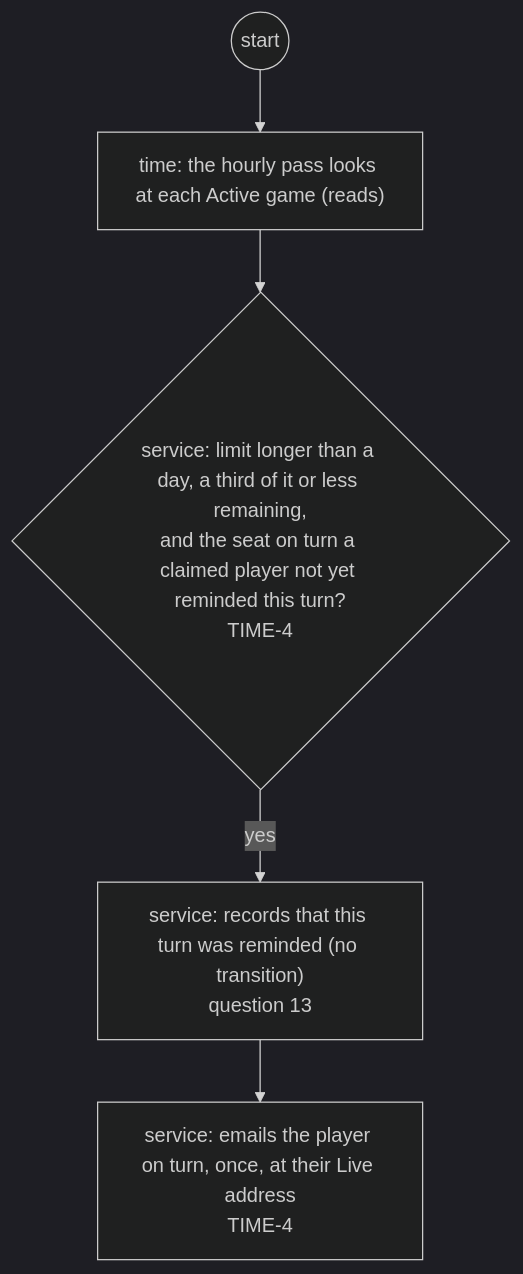
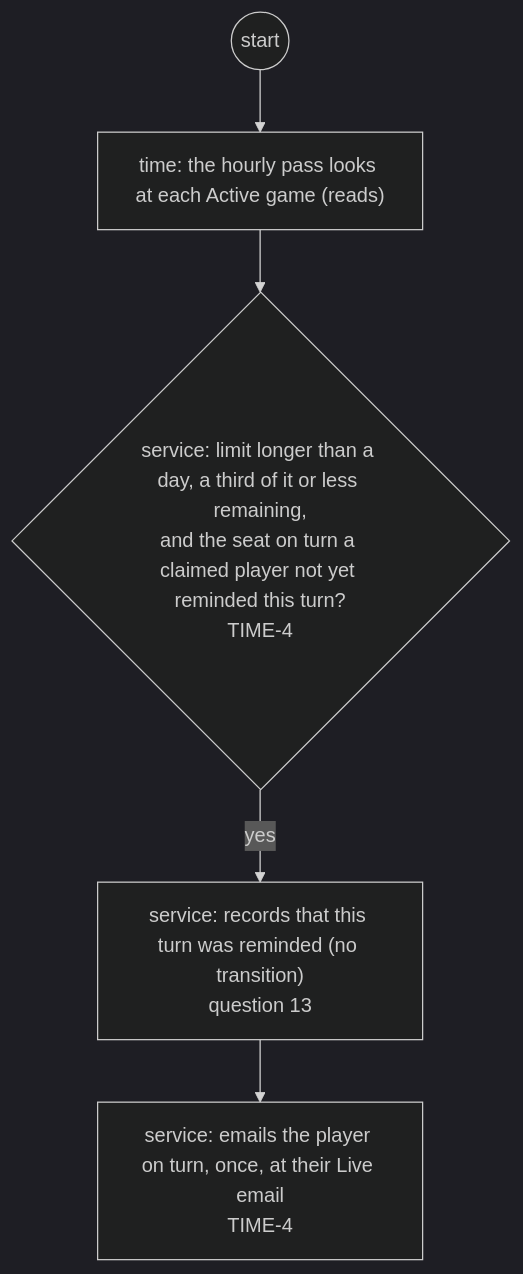
Before and after one commit to delphside/programme: diagram 20 of 29 in docs/changes/workstreams/application-game-architecture/71-one-game-model/71-functional.md, drawn with Mermaid (dark theme). The commit also changed other lines of this file, not shown here.

First line of the commit message:
app 0.9.2 api 2.16: 71: "email" rather than "address" or "email address"

````diff
--- a/docs/changes/workstreams/application-game-architecture/71-one-game-model/71-functional.md
+++ b/docs/changes/workstreams/application-game-architecture/71-one-game-model/71-functional.md
@@ -363,7 +363,7 @@
 ```mermaid
 flowchart TD
   s0((start)) --> t0["time: the hourly pass looks at each Active game (reads)"]
   t0 --> v1{"service: limit longer than a day, a third of it or less remaining,<br/>and the seat on turn a claimed player not yet reminded this turn?<br/>TIME-4"}
   v1 -- yes --> t1["service: records that this turn was reminded (no transition)<br/>question 13"]
-  t1 --> t2["service: emails the player on turn, once, at their Live address<br/>TIME-4"]
+  t1 --> t2["service: emails the player on turn, once, at their Live email<br/>TIME-4"]
 ```
````
